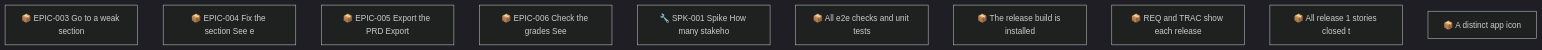
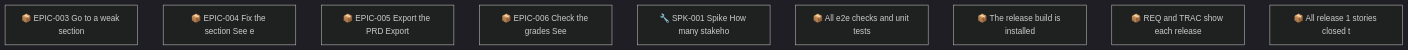
Before and after one commit to SpillwaveSolutions/prd-forge-viewer: the second of 2 diagrams in docs/roadmap.md, drawn with Mermaid (dark theme). The commit also changed other lines of this file and 24 other files, not shown here.

First line of the commit message:
feat: a distinct app icon

````diff
--- a/docs/roadmap.md
+++ b/docs/roadmap.md
@@ -88,13 +81,12 @@
 ```mermaid
 graph TD
     01M61XNJQPA0F7H1BG56ERNJ3P["📦 EPIC-003 Go to a weak section"]
     01M61XNK50616FWM0WZ4FGWGEB["📦 EPIC-004 Fix the section See e"]
     01M61XNK9MPMV0RAEKPX0JC3K4["📦 EPIC-005 Export the PRD Export"]
     01M61XNM7GHPSJ1B96BCHA59ZE["📦 EPIC-006 Check the grades See"]
     01M61XNM9NY7F4D4V7400J56X9["🔧 SPK-001 Spike How many stakeho"]
     01M62C7REGCD2R415FMWFCZMV8["📦 All e2e checks and unit tests"]
     01M62C7REGCD2R415FMWFCZMVA["📦 The release build is installed"]
     01M62C7REHN9N2P8Z19K0EPA0F["📦 REQ and TRAC show each release"]
     01M62C7REHN9N2P8Z19K0EPA0H["📦 All release 1 stories closed t"]
-    01M675AB5R3SDH4FRSB6N4S116["📦 A distinct app icon"]
 ```
````
